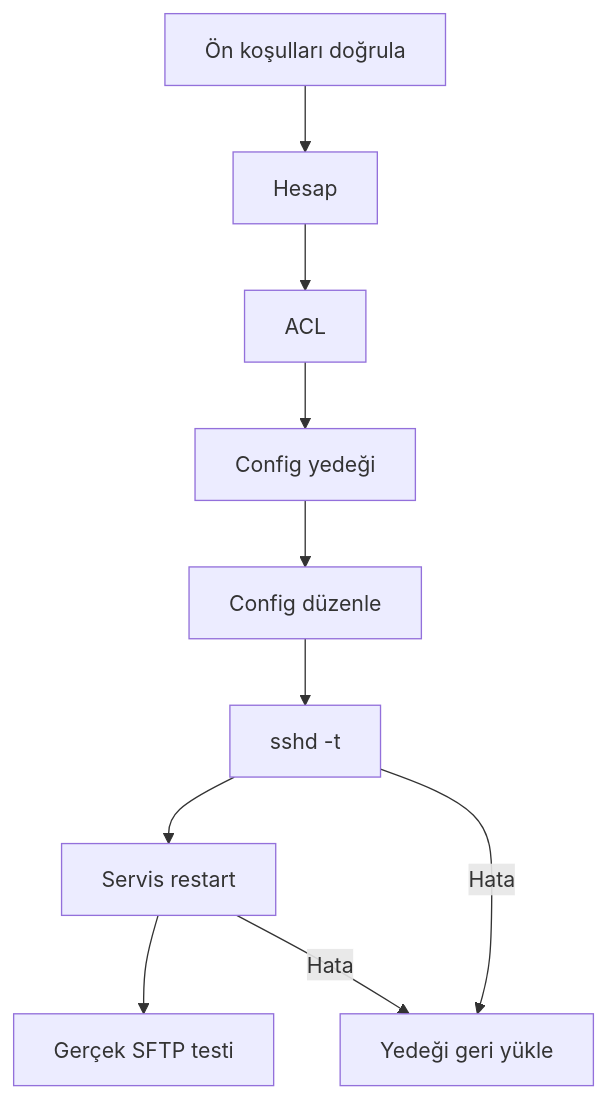
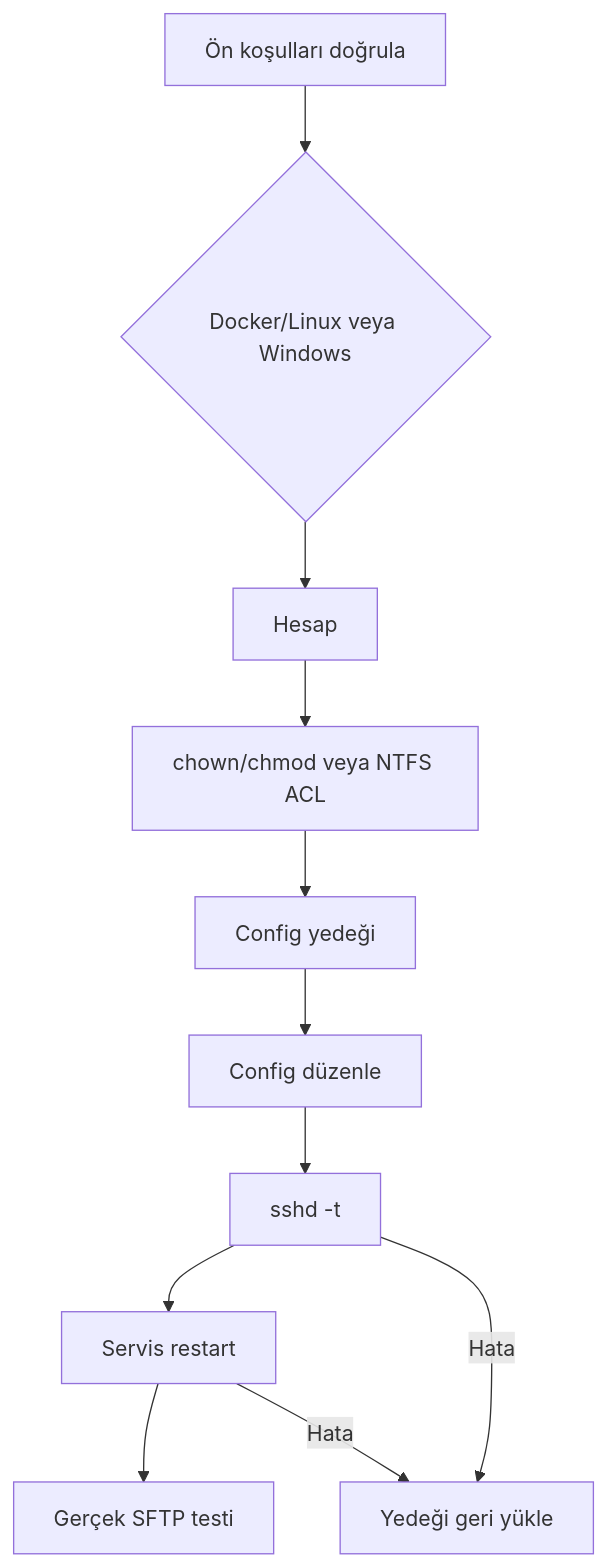
Before and after one commit to ottamina/FTP_Dosya_Yonetimi: the fourth of 6 diagrams in docs/06_GELISTIRICI_REHBERI.md, drawn with Mermaid. The commit also changed other lines of this file and 9 other files, not shown here.

````diff
--- a/docs/06_GELISTIRICI_REHBERI.md
+++ b/docs/06_GELISTIRICI_REHBERI.md
@@ -69,12 +69,13 @@
 ```mermaid
 flowchart TD
-    Pre["Ön koşulları doğrula"] --> Account["Hesap"]
-    Account --> ACL["ACL"]
+    Pre["Ön koşulları doğrula"] --> OS{"Docker/Linux veya Windows"}
+    OS --> Account["Hesap"]
+    Account --> ACL["chown/chmod veya NTFS ACL"]
     ACL --> Backup["Config yedeği"]
     Backup --> Edit["Config düzenle"]
     Edit --> Syntax["sshd -t"]
     Syntax --> Restart["Servis restart"]
     Restart --> E2E["Gerçek SFTP testi"]
     Syntax -->|Hata| Rollback["Yedeği geri yükle"]
     Restart -->|Hata| Rollback
 ```
````
